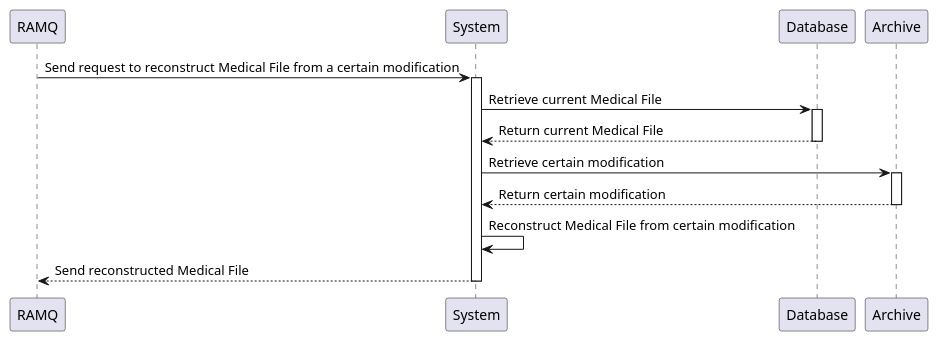
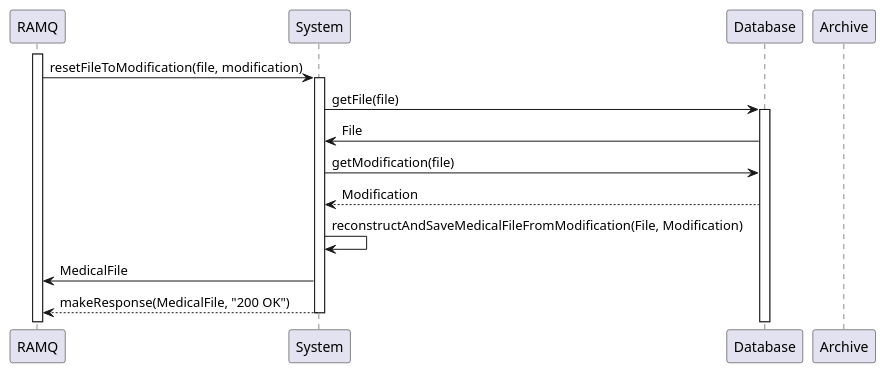
The diagram in plantUml/sequence-reconstruct-Modification.puml (KevenJAntenor/Quebec-Centralized-Medical-Record-System), drawn with PlantUML before and after one commit. The commit also changed 6 other files, not shown here.

Commit message:
diagram: multiple changes to sequence diagrams

```diff
--- a/plantUml/sequence-reconstruct-Modification.puml
+++ b/plantUml/sequence-reconstruct-Modification.puml
@@ -1,23 +1,22 @@
-@startuml reconstructMedicalFileFromModification
+@startuml
 
 participant "RAMQ" as RAMQ
 participant "System" as System
 participant "Database" as Database
-participant "Archive" as Archive
 
-RAMQ -> System: Send request to reconstruct Medical File from a certain modification
+activate RAMQ
+RAMQ -> System: resetFileToModification(file, modification)
 activate System
-System -> Database: Retrieve current Medical File
+System -> Database: getFile(file)
 activate Database
-Database --> System: Return current Medical File
-deactivate Database
-System -> Archive: Retrieve certain modification
-activate Archive
-Archive --> System: Return certain modification
+Database -> System: File
+System -> Database: getModification(file)
+Database --> System: Modification
 deactivate Archive
-System -> System: Reconstruct Medical File from certain modification
-System --> RAMQ: Send reconstructed Medical File
+System -> System: reconstructAndSaveMedicalFileFromModification(File, Modification)
+System -> RAMQ: MedicalFile
+System --> RAMQ: makeResponse(MedicalFile, "200 OK")
 
 deactivate System
 
 @enduml
```
